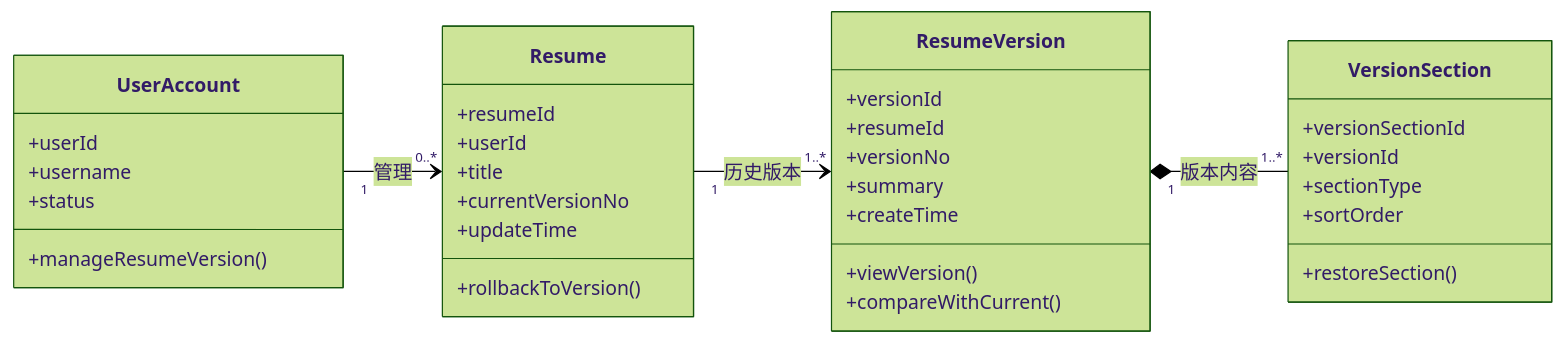
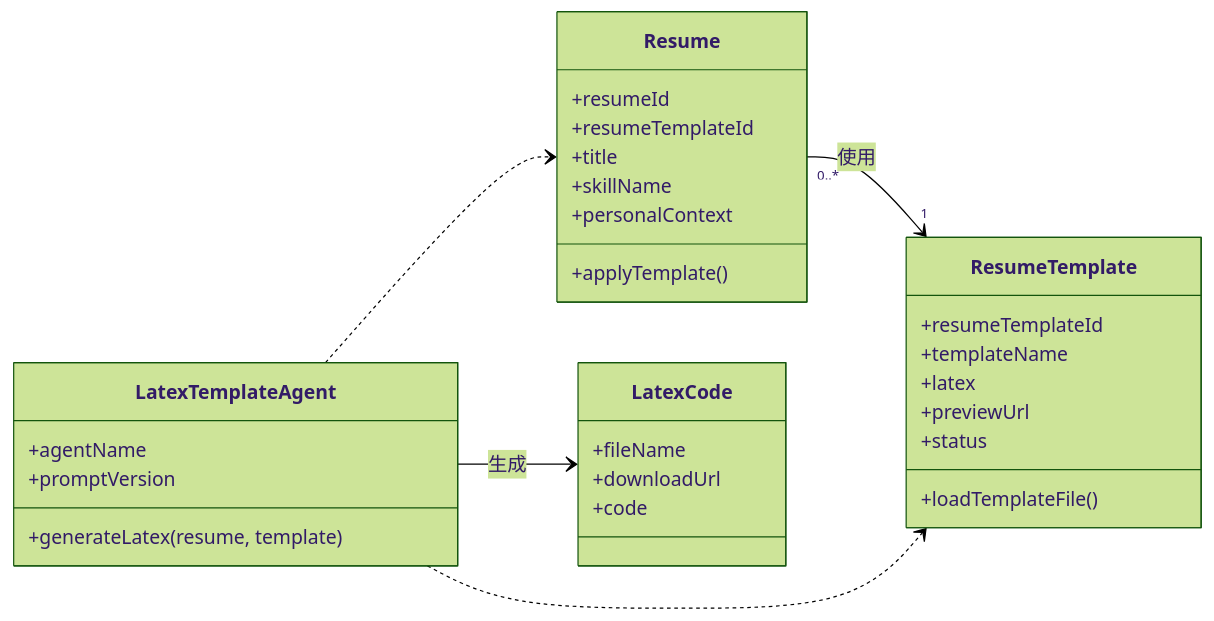
The third of 4 diagrams in docs/领域建模.md (Able034/smart-resume-platform), drawn with Mermaid (forest theme) before and after one commit. The commit also changed other lines of this file and 176 other files, not shown here.

````diff
--- a/docs/领域建模.md
+++ b/docs/领域建模.md
@@ -615,42 +228,39 @@
 ```mermaid
 classDiagram
 direction LR
 
-class UserAccount {
-  +userId
-  +username
-  +status
-  +manageResumeVersion()
+class Resume {
+  +resumeId
+  +resumeTemplateId
+  +title
+  +skillName
+  +personalContext
+  +applyTemplate()
 }
 
-class Resume {
-  +resumeId
-  +userId
-  +title
-  +currentVersionNo
-  +updateTime
-  +rollbackToVersion()
+class ResumeTemplate {
+  +resumeTemplateId
+  +templateName
+  +latex
+  +previewUrl
+  +status
+  +loadTemplateFile()
 }
 
-class ResumeVersion {
-  +versionId
-  +resumeId
-  +versionNo
-  +summary
-  +createTime
-  +viewVersion()
-  +compareWithCurrent()
+class LatexTemplateAgent {
+  +agentName
+  +promptVersion
+  +generateLatex(resume, template)
 }
 
-class VersionSection {
-  +versionSectionId
-  +versionId
-  +sectionType
-  +sortOrder
-  +restoreSection()
+class LatexCode {
+  +fileName
+  +downloadUrl
+  +code
 }
 
-UserAccount "1" --> "0..*" Resume : 管理
-Resume "1" --> "1..*" ResumeVersion : 历史版本
-ResumeVersion "1" *-- "1..*" VersionSection : 版本内容
+Resume "0..*" --> "1" ResumeTemplate : 使用
+LatexTemplateAgent ..> Resume
+LatexTemplateAgent ..> ResumeTemplate
+LatexTemplateAgent --> LatexCode : 生成
 ```
````
